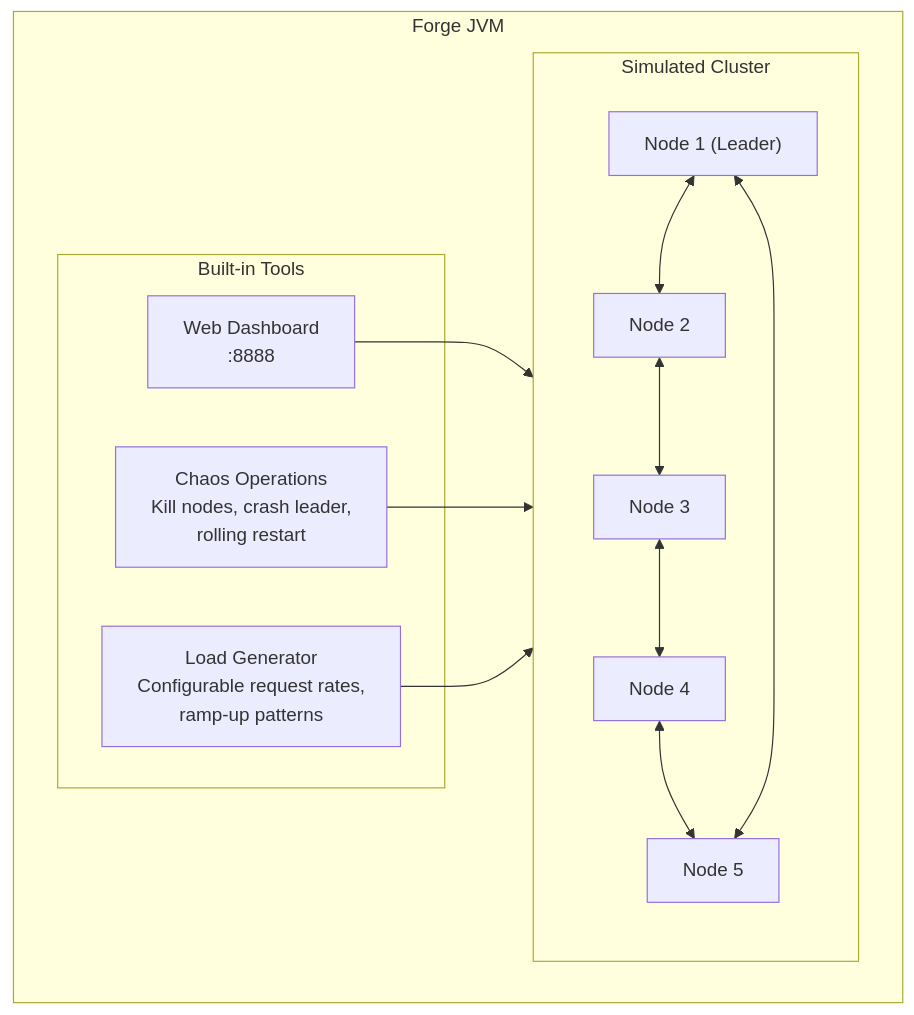
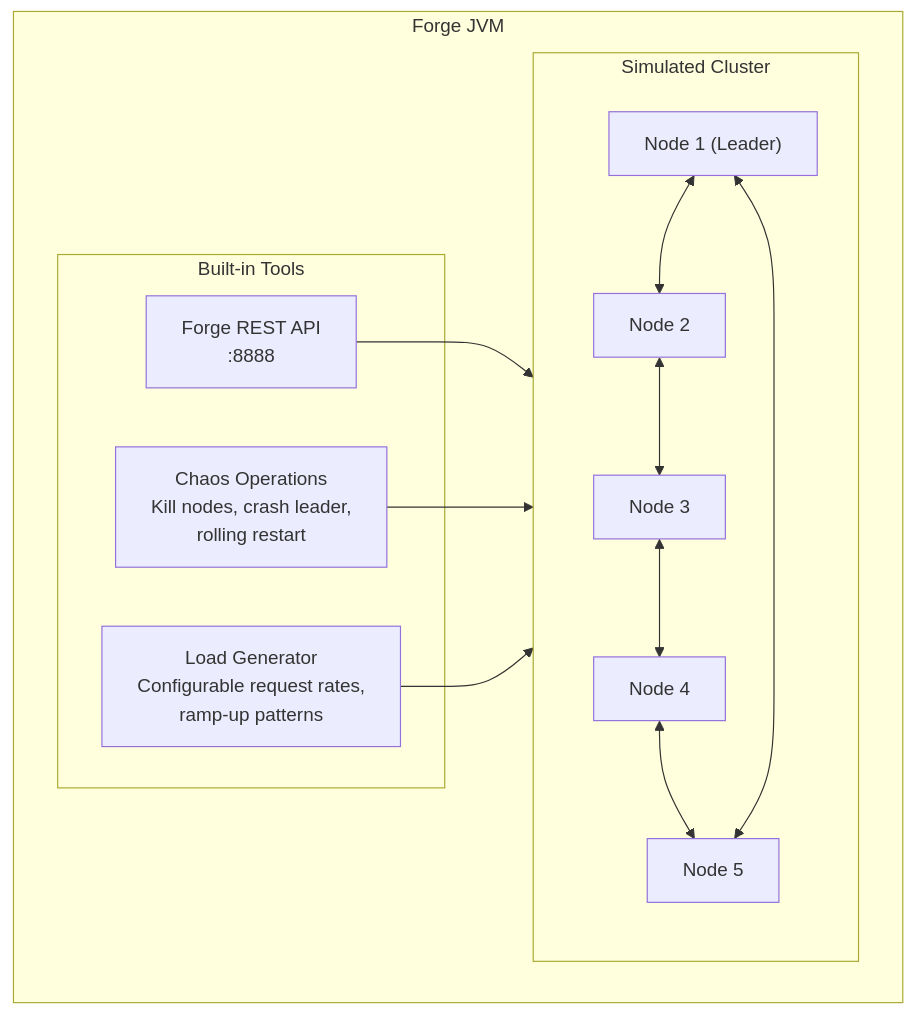
Before and after one commit to pragmaticalabs/pragmatica: the second of 2 diagrams in aether/docs/architecture/12-management.md, drawn with Mermaid. The commit also changed other lines of this file and 141 other files, not shown here.

````diff
--- a/aether/docs/architecture/12-management.md
+++ b/aether/docs/architecture/12-management.md
@@ -111,28 +110,28 @@
 ```mermaid
 graph TB
     subgraph Forge["Forge JVM"]
         subgraph Nodes["Simulated Cluster"]
             N1["Node 1 (Leader)"]
             N2["Node 2"]
             N3["Node 3"]
             N4["Node 4"]
             N5["Node 5"]
         end
 
         subgraph Tools["Built-in Tools"]
             Chaos["Chaos Operations<br/>Kill nodes, crash leader,<br/>rolling restart"]
             Load["Load Generator<br/>Configurable request rates,<br/>ramp-up patterns"]
-            Dashboard["Web Dashboard<br/>:8888"]
+            Api["Forge REST API<br/>:8888"]
         end
     end
 
     N1 <--> N2
     N2 <--> N3
     N3 <--> N4
     N4 <--> N5
     N5 <--> N1
 
-    Dashboard --> Nodes
+    Api --> Nodes
     Chaos --> Nodes
     Load --> Nodes
 ```
````
